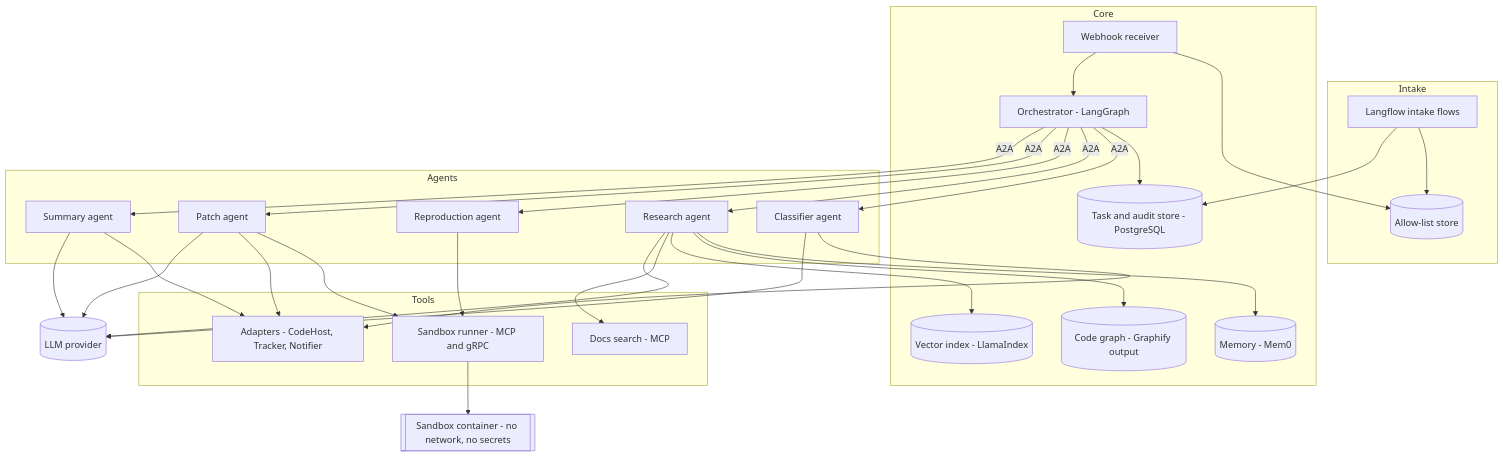
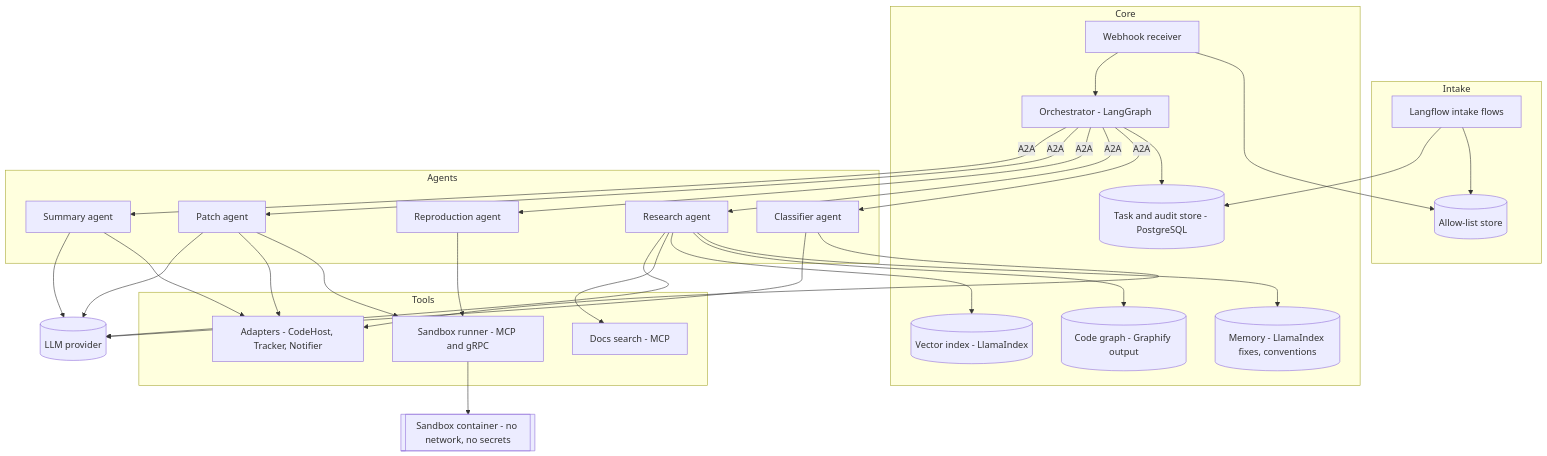
The second of 10 diagrams in docs/ARCHITECTURE.md (SubashNadar/issue-to-pr-agent), drawn with Mermaid before and after one commit. The commit also changed other lines of this file and 6 other files, not shown here.

First line of the commit message:
Use LlamaIndex collections for memory instead of Mem0

````diff
--- a/docs/ARCHITECTURE.md
+++ b/docs/ARCHITECTURE.md
@@ -87,58 +87,58 @@
 ```mermaid
 flowchart TB
   subgraph Intake
     LF[Langflow intake flows]
     AL[(Allow-list store)]
   end
 
   subgraph Core
     WH[Webhook receiver]
     ORC[Orchestrator - LangGraph]
-    MEM[(Memory - Mem0)]
+    MEM[(Memory - LlamaIndex fixes, conventions)]
     GR[(Code graph - Graphify output)]
     IDX[(Vector index - LlamaIndex)]
     DB[(Task and audit store - PostgreSQL)]
   end
 
   subgraph Agents
     CL[Classifier agent]
     RS[Research agent]
     RP[Reproduction agent]
     PA[Patch agent]
     SU[Summary agent]
   end
 
   subgraph Tools
     VCS[Adapters - CodeHost, Tracker, Notifier]
     DOCS[Docs search - MCP]
     SBX[Sandbox runner - MCP and gRPC]
   end
 
   SB[[Sandbox container - no network, no secrets]]
   LLM[(LLM provider)]
 
   LF --> AL
   LF --> DB
   WH --> AL
   WH --> ORC
   ORC --> DB
   ORC -- A2A --> CL
   ORC -- A2A --> RS
   ORC -- A2A --> RP
   ORC -- A2A --> PA
   ORC -- A2A --> SU
   RS --> MEM
   RS --> GR
   RS --> IDX
   CL --> VCS
   RS --> DOCS
   RP --> SBX
   PA --> SBX
   SBX --> SB
   PA --> VCS
   SU --> VCS
   CL --> LLM
   RS --> LLM
   PA --> LLM
   SU --> LLM
 ```
````
